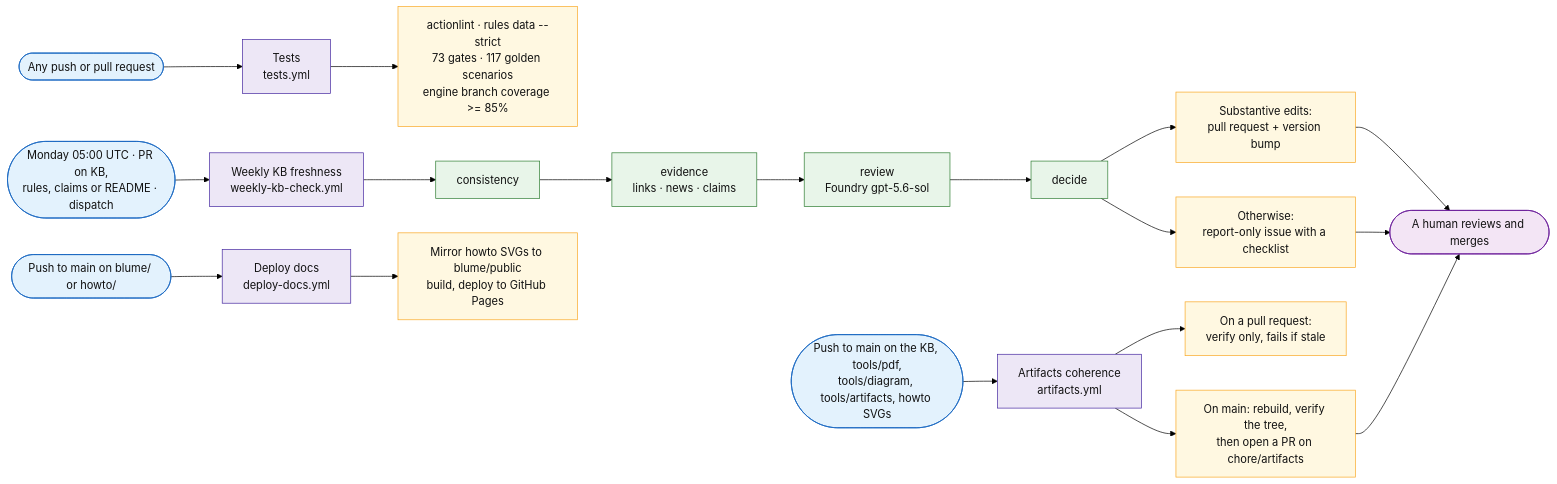
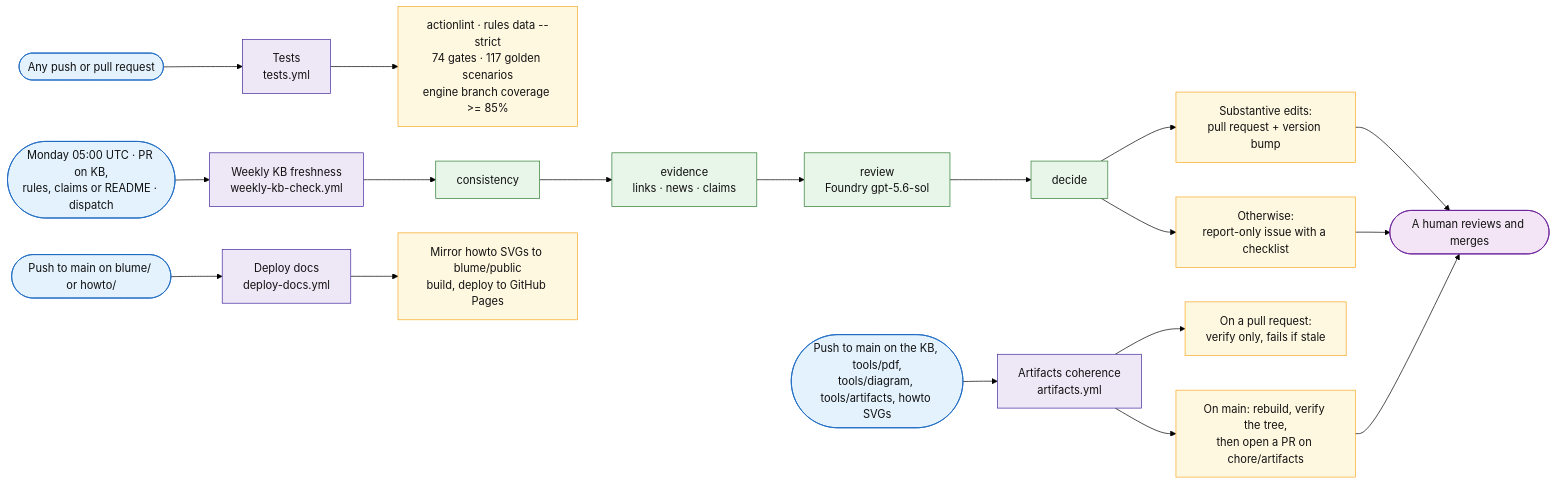
Before and after one commit to fredgis/sql-migration-advisor: the sixth of 6 diagrams in docs/sql-migration-advisor-developer-pitch.md, drawn with Mermaid (forest theme). The commit also changed 9 other files, not shown here.

````diff
--- a/docs/sql-migration-advisor-developer-pitch.md
+++ b/docs/sql-migration-advisor-developer-pitch.md
@@ -991,33 +991,33 @@
 ```mermaid
 flowchart LR
     G1([Any push or pull request]) --> W1[Tests<br/>tests.yml]
     G2([Monday 05:00 UTC · PR on KB,<br/>rules, claims or README · dispatch]) --> W2[Weekly KB freshness<br/>weekly-kb-check.yml]
     G3([Push to main on the KB, tools/pdf,<br/>tools/diagram, tools/artifacts, howto SVGs]) --> W3[Artifacts coherence<br/>artifacts.yml]
     G4([Push to main on blume/ or howto/]) --> W4[Deploy docs<br/>deploy-docs.yml]
 
-    W1 --> O1[actionlint · rules data --strict<br/>73 gates · 117 golden scenarios<br/>engine branch coverage >= 85%]
+    W1 --> O1[actionlint · rules data --strict<br/>74 gates · 117 golden scenarios<br/>engine branch coverage >= 85%]
 
     W2 --> C1[consistency] --> C2[evidence<br/>links · news · claims] --> C3[review<br/>Foundry gpt-5.6-sol] --> C4[decide]
     C4 --> O2a[Substantive edits:<br/>pull request + version bump]
     C4 --> O2b[Otherwise:<br/>report-only issue with a checklist]
 
     W3 --> O3a[On a pull request:<br/>verify only, fails if stale]
     W3 --> O3b[On main: rebuild, verify the tree,<br/>then open a PR on chore/artifacts]
 
     W4 --> O4[Mirror howto SVGs to blume/public<br/>build, deploy to GitHub Pages]
 
     O2a --> H([A human reviews and merges])
     O2b --> H
     O3b --> H
 
     classDef trig fill:#e3f2fd,stroke:#1565c0,color:#111
     classDef flow fill:#ede7f6,stroke:#4527a0,color:#111
     classDef step fill:#e8f5e9,stroke:#2e7d32,color:#111
     classDef out fill:#fff8e1,stroke:#f9a825,color:#111
     classDef human fill:#f3e5f5,stroke:#6a1b9a,color:#111
     class G1,G2,G3,G4 trig
     class W1,W2,W3,W4 flow
     class C1,C2,C3,C4 step
     class O1,O2a,O2b,O3a,O3b,O4 out
     class H human
 ```
````
